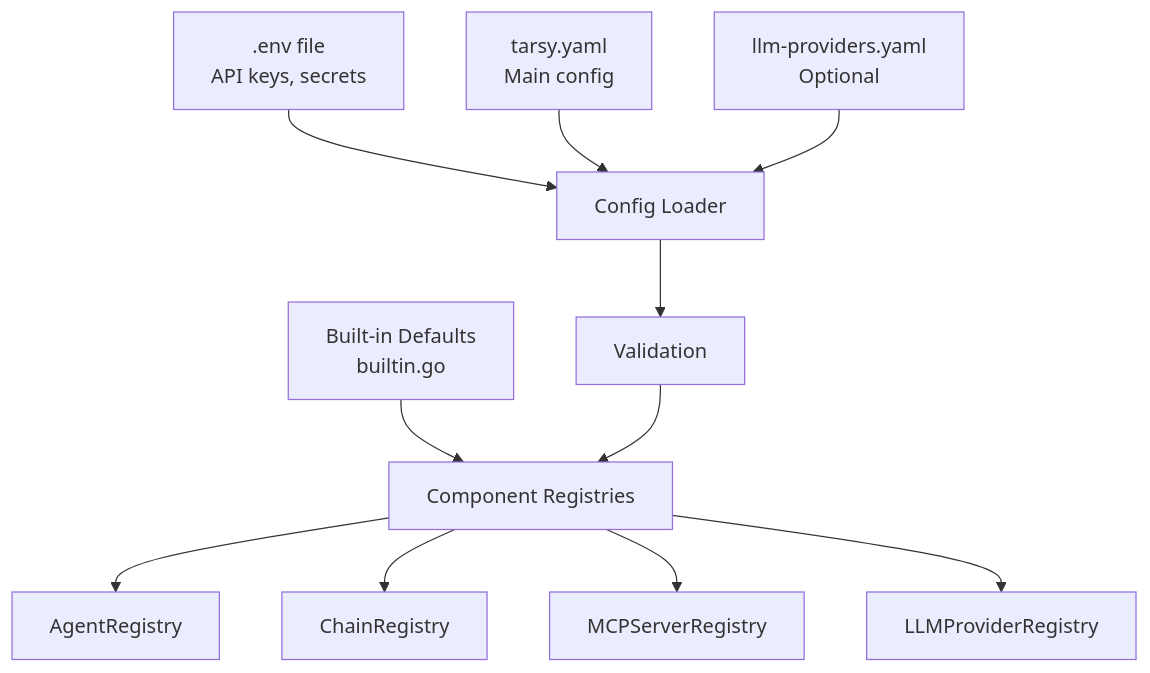
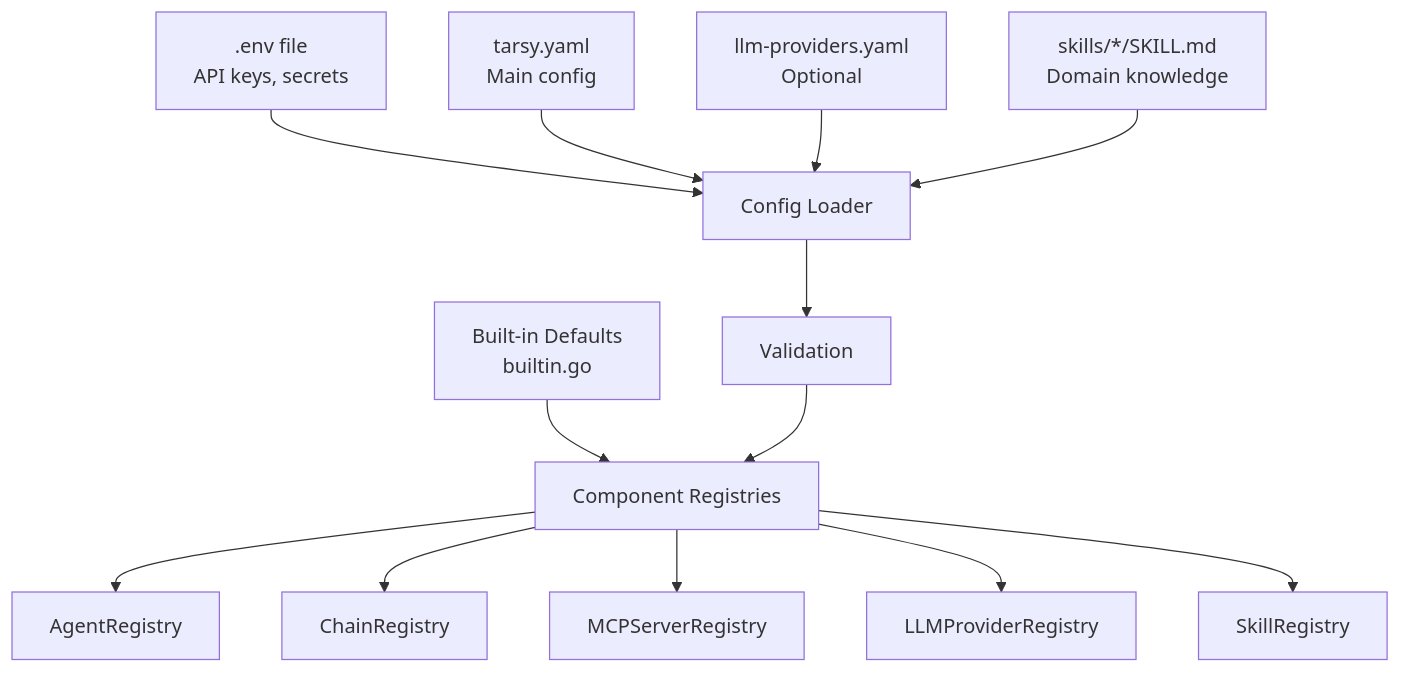
One commit to codeready-toolchain/tarsy changed the second of 9 diagrams in docs/functional-areas-design.md. Above: the diagram before and after it, drawn with Mermaid. The commit also changed other lines of this file and 70 other files, not shown here.

First line of the commit message:
Skills - load_skill Tool + Executor Wiring - Phase 3 (#174)

````diff
--- a/docs/functional-areas-design.md
+++ b/docs/functional-areas-design.md
@@ -173,15 +173,17 @@
 ```mermaid
 graph TB
     ENV[".env file<br/>API keys, secrets"] --> Loader
     YAML["tarsy.yaml<br/>Main config"] --> Loader[Config Loader]
     LLMYaml["llm-providers.yaml<br/>Optional"] --> Loader
+    SkillFiles["skills/*/SKILL.md<br/>Domain knowledge"] --> Loader
     BuiltIn["Built-in Defaults<br/>builtin.go"] --> Registries
 
     Loader --> Validation[Validation]
     Validation --> Registries[Component Registries]
 
     Registries --> AgentReg[AgentRegistry]
     Registries --> ChainReg[ChainRegistry]
     Registries --> MCPReg[MCPServerRegistry]
     Registries --> LLMReg[LLMProviderRegistry]
+    Registries --> SkillReg[SkillRegistry]
 ```
````
